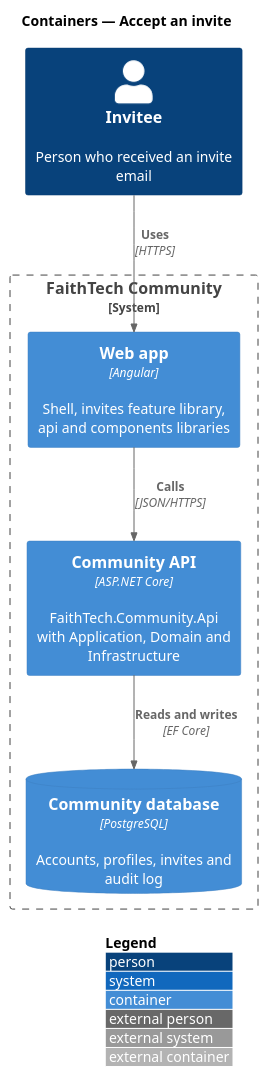
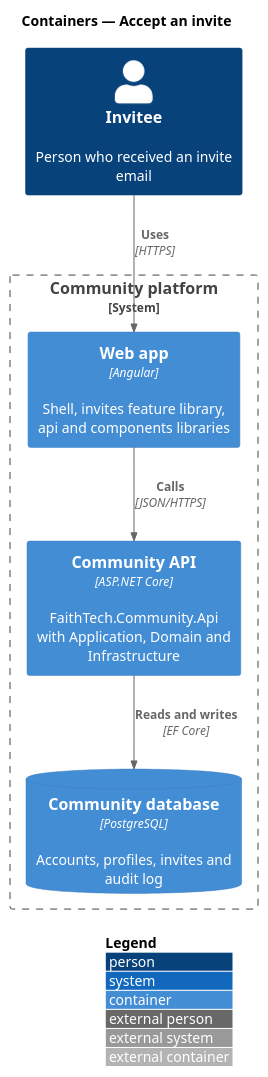
Before and after one commit to QuinntyneBrown/faithtech-community: the diagram in docs/detailed-designs/invites/accept-invite/diagrams/c4-container.puml, drawn with PlantUML. The commit also changed 840 other files, not shown here.

```diff
--- a/docs/detailed-designs/invites/accept-invite/diagrams/c4-container.puml
+++ b/docs/detailed-designs/invites/accept-invite/diagrams/c4-container.puml
@@ -1,15 +1,15 @@
 @startuml
 !include <C4/C4_Container>
 LAYOUT_WITH_LEGEND()
 title Containers — Accept an invite
 
 Person(invitee, "Invitee", "Person who received an invite email")
-System_Boundary(ftc, "FaithTech Community") {
+System_Boundary(ftc, "Community platform") {
   Container(spa, "Web app", "Angular", "Shell, invites feature library, api and components libraries")
   Container(api, "Community API", "ASP.NET Core", "FaithTech.Community.Api with Application, Domain and Infrastructure")
   ContainerDb(db, "Community database", "PostgreSQL", "Accounts, profiles, invites and audit log")
 }
 Rel(invitee, spa, "Uses", "HTTPS")
 Rel(spa, api, "Calls", "JSON/HTTPS")
 Rel(api, db, "Reads and writes", "EF Core")
 @enduml
```
